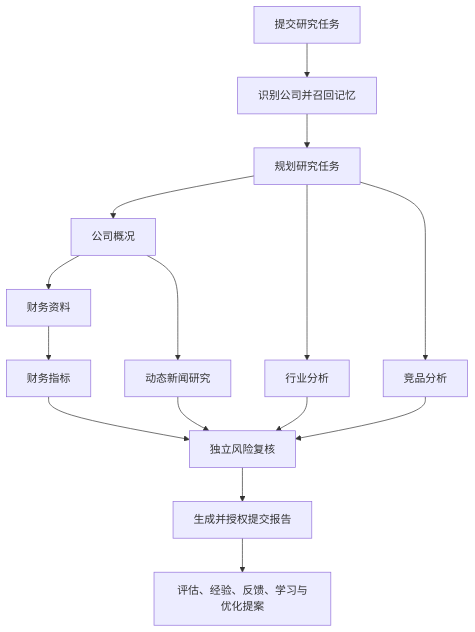
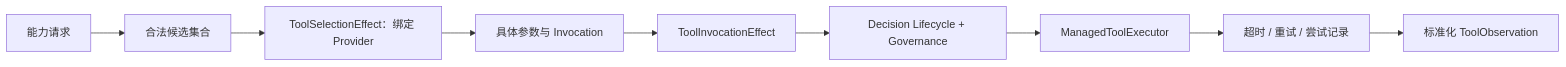
One commit to hych0317/Adaptive-Agent-Runtime changed the fifth of 8 diagrams in docs/系统功能设计说明.md. Above: the diagram before and after it, drawn with Mermaid. The commit also changed other lines of this file and 38 other files, not shown here.

````diff
--- a/docs/系统功能设计说明.md
+++ b/docs/系统功能设计说明.md
@@ -518,17 +688,11 @@
 ```mermaid
-flowchart TD
-    A["提交研究任务"] --> B["识别公司并召回记忆"]
-    B --> C["规划研究任务"]
-    C --> D1["公司概况"]
-    D1 --> D2["财务资料"]
-    D2 --> D3["财务指标"]
-    C --> E["行业分析"]
-    C --> F["竞品分析"]
-    D1 --> G["动态新闻研究"]
-    D3 --> H["独立风险复核"]
-    E --> H
-    F --> H
-    G --> H
-    H --> I["生成并授权提交报告"]
-    I --> J["评估、经验、反馈、学习与优化提案"]
+flowchart LR
+    A["能力请求"] --> B["合法候选集合"]
+    B --> C["ToolSelectionEffect：绑定 Provider"]
+    C --> D["具体参数与 Invocation"]
+    D --> E["ToolInvocationEffect"]
+    E --> F["Decision Lifecycle + Governance"]
+    F --> G["ManagedToolExecutor"]
+    G --> H["超时 / 重试 / 尝试记录"]
+    H --> I["标准化 ToolObservation"]
 ```
````
